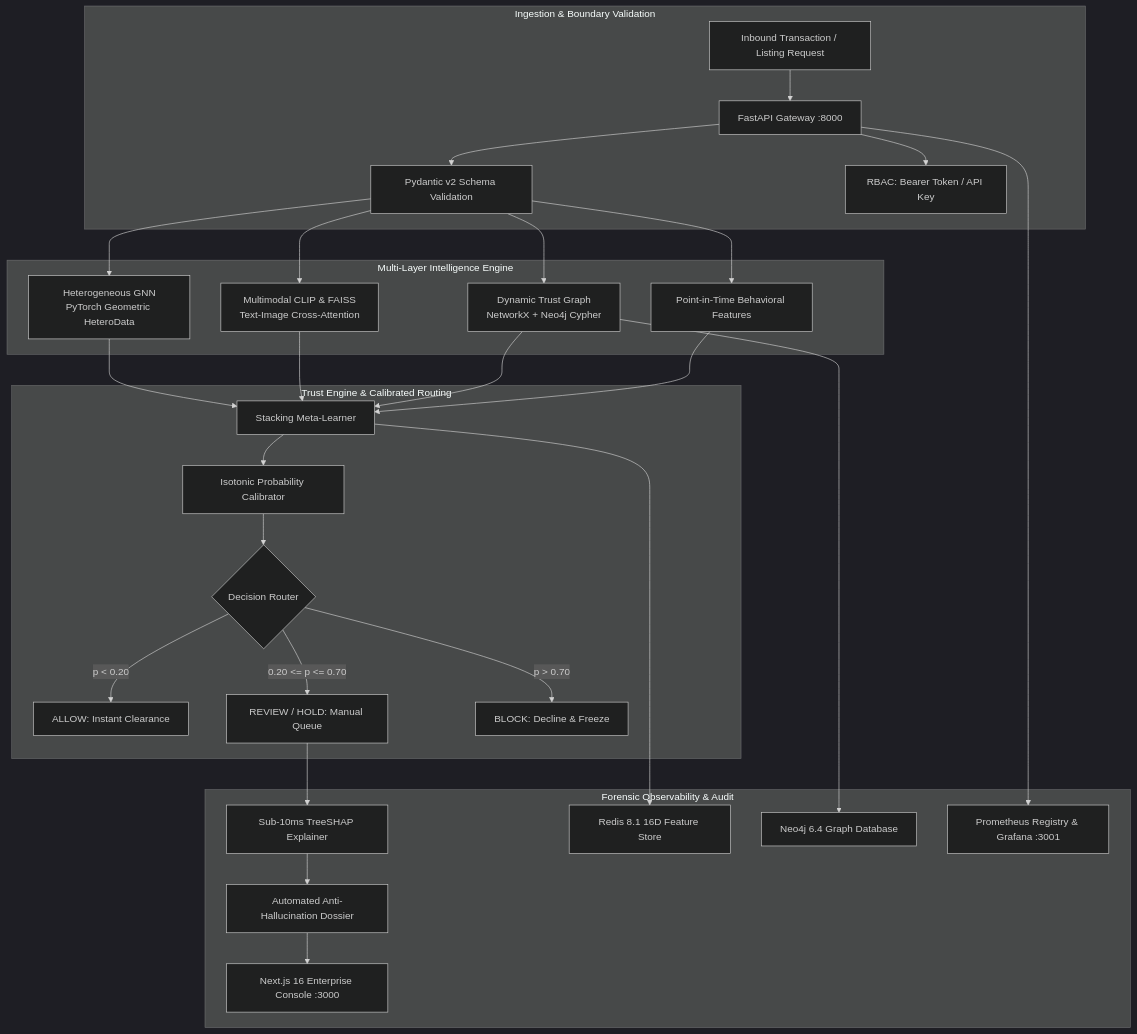
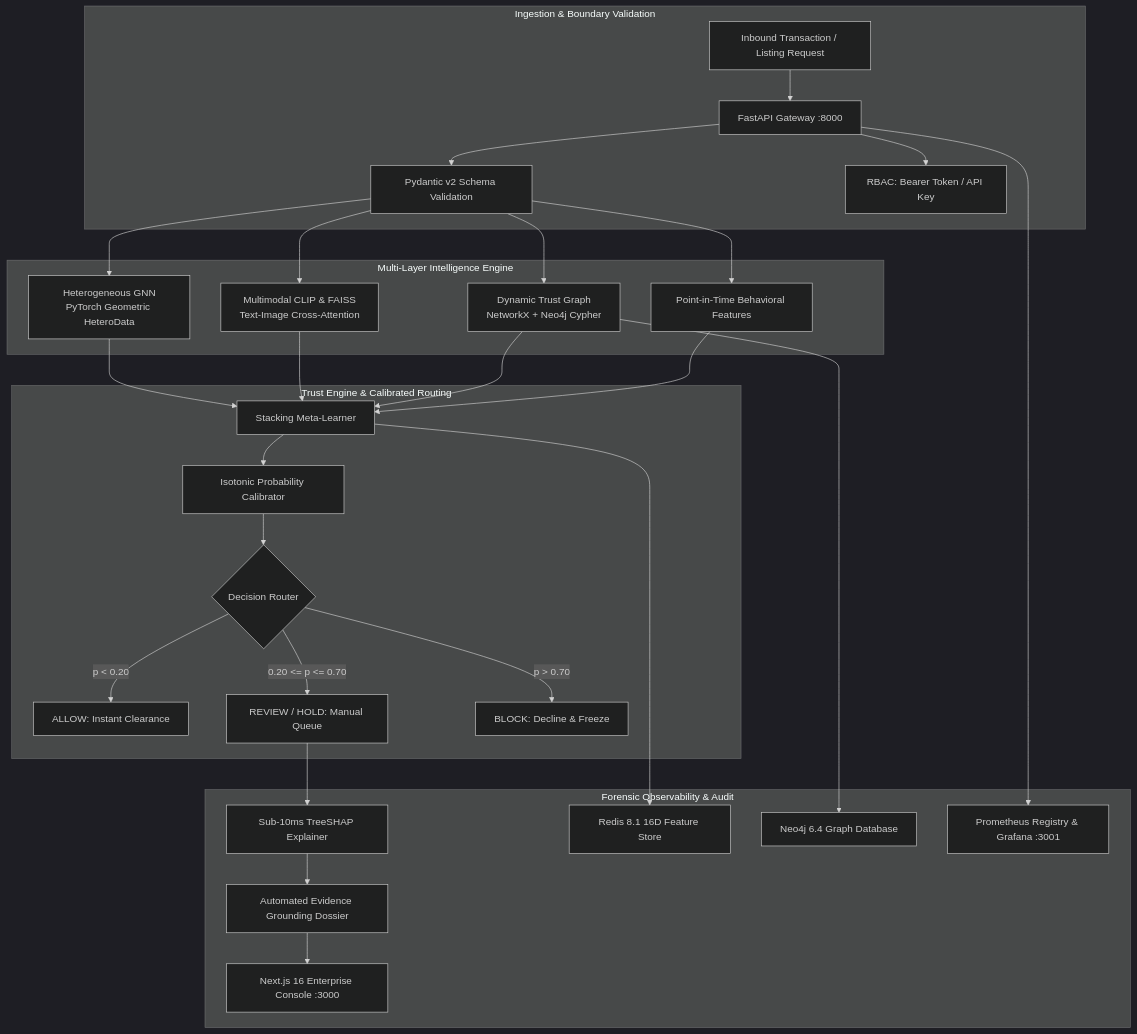
Before and after one commit to Rajiv107ai/Trustshield: the first of 2 diagrams in README.md, drawn with Mermaid (dark theme). The commit also changed other lines of this file and 26 other files, not shown here.

````diff
--- a/README.md
+++ b/README.md
@@ -53,33 +53,33 @@
 ```mermaid
 flowchart TD
     subgraph Ingestion["Ingestion & Boundary Validation"]
         A[Inbound Transaction / Listing Request] --> B[FastAPI Gateway :8000]
         B --> C[Pydantic v2 Schema Validation]
         B --> AUTH[RBAC: Bearer Token / API Key]
     end
 
     subgraph MultiLayer["Multi-Layer Intelligence Engine"]
         C --> D[Point-in-Time Behavioral Features]
         C --> E[Dynamic Trust Graph<br/>NetworkX + Neo4j Cypher]
         C --> F[Multimodal CLIP & FAISS<br/>Text-Image Cross-Attention]
         C --> G[Heterogeneous GNN<br/>PyTorch Geometric HeteroData]
     end
 
     subgraph Decision["Trust Engine & Calibrated Routing"]
         D & E & F & G --> H[Stacking Meta-Learner]
         H --> I[Isotonic Probability Calibrator]
         I --> J{Decision Router}
         J -->|p < 0.20| K[ALLOW: Instant Clearance]
         J -->|0.20 <= p <= 0.70| L[REVIEW / HOLD: Manual Queue]
         J -->|p > 0.70| M[BLOCK: Decline & Freeze]
     end
 
     subgraph Forensic["Forensic Observability & Audit"]
         L --> N[Sub-10ms TreeSHAP Explainer]
-        N --> O[Automated Anti-Hallucination Dossier]
+        N --> O[Automated Evidence Grounding Dossier]
         O --> P[Next.js 16 Enterprise Console :3000]
         H --> Q[Redis 8.1 16D Feature Store]
         E --> R[Neo4j 6.4 Graph Database]
         B --> S[Prometheus Registry & Grafana :3001]
     end
 ```
````
